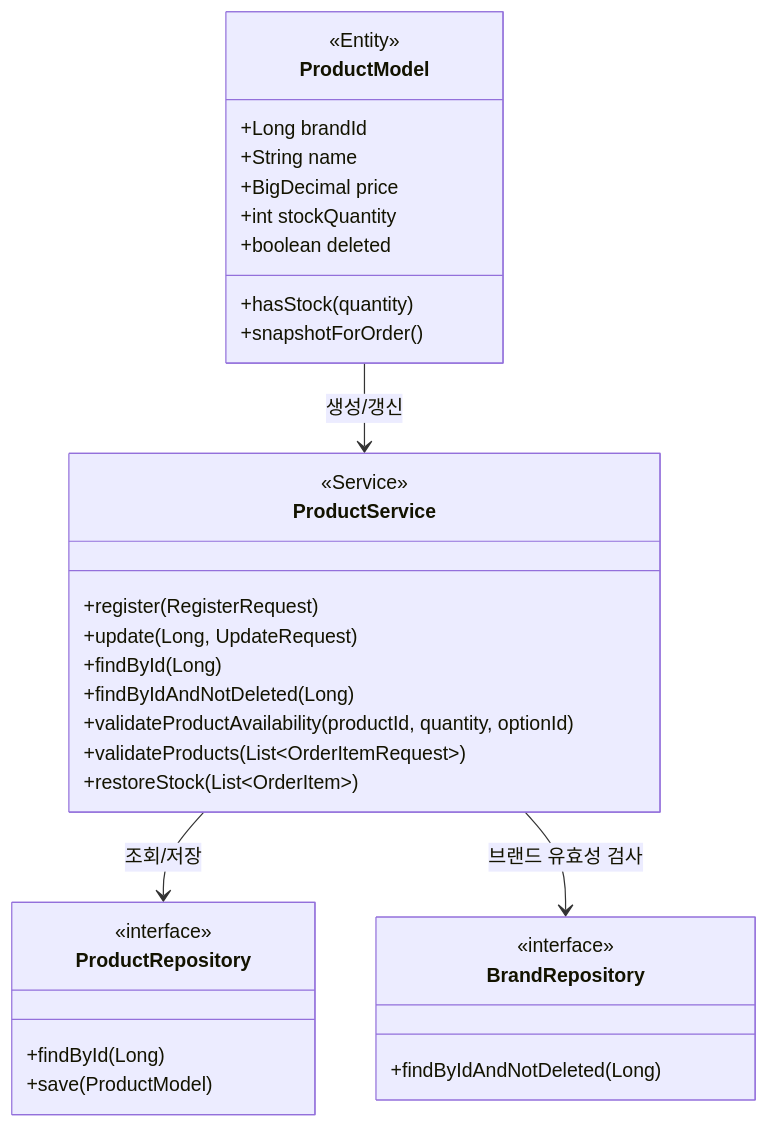
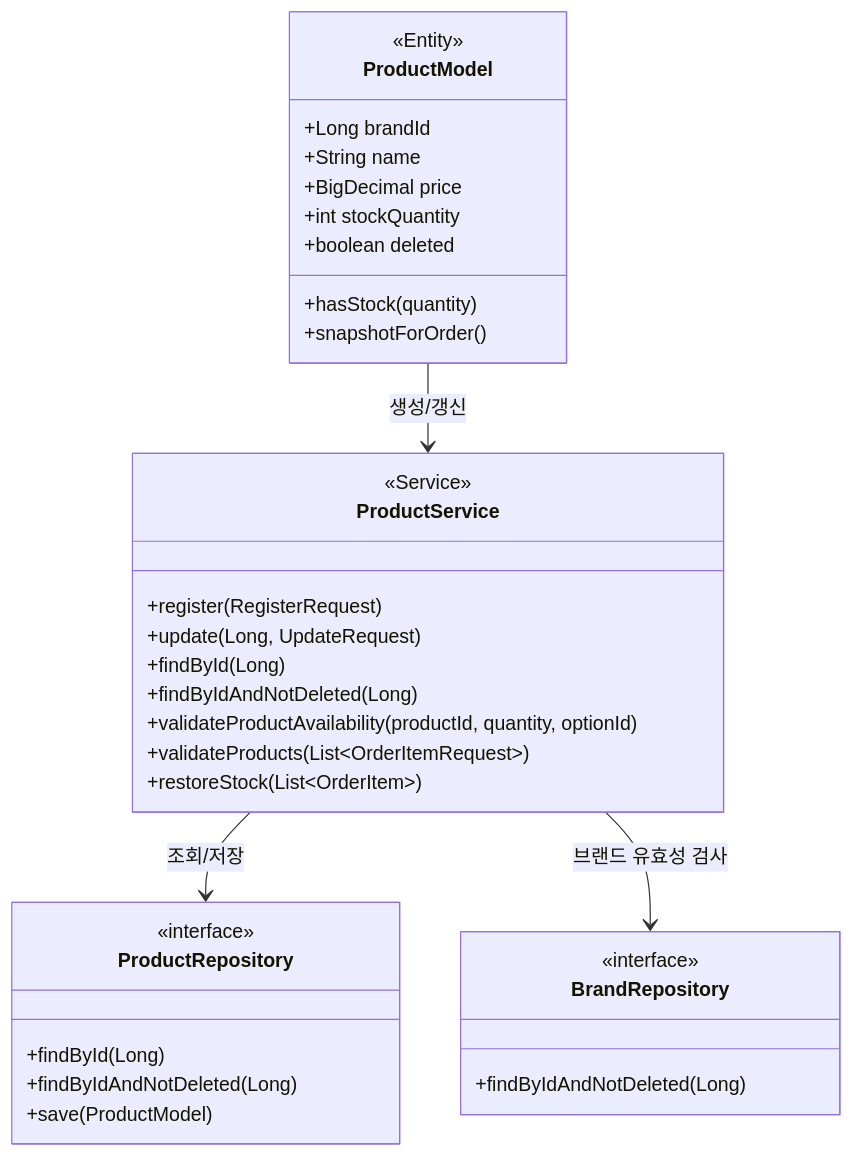
One commit to Loopers-dev-lab/loop-pack-be-l2-vol3-java changed the third of 6 diagrams in .docs/design/03-class-diagram.md. Above: the diagram before and after it, drawn with Mermaid. The commit also changed other lines of this file and 2 other files, not shown here.

First line of the commit message:
docs: 요구사항·시퀀스·클래스다이어그램 보완

````diff
--- a/.docs/design/03-class-diagram.md
+++ b/.docs/design/03-class-diagram.md
@@ -224,41 +224,42 @@
 ```mermaid
 classDiagram
     direction TB
 
     class ProductModel {
         <<Entity>>
         +Long brandId
         +String name
         +BigDecimal price
         +int stockQuantity
         +boolean deleted
         +hasStock(quantity)
         +snapshotForOrder()
     }
 
     class ProductService {
         <<Service>>
         +register(RegisterRequest)
         +update(Long, UpdateRequest)
         +findById(Long)
         +findByIdAndNotDeleted(Long)
         +validateProductAvailability(productId, quantity, optionId)
         +validateProducts(List~OrderItemRequest~)
         +restoreStock(List~OrderItem~)
     }
 
     class ProductRepository {
         <<interface>>
         +findById(Long)
+        +findByIdAndNotDeleted(Long)
         +save(ProductModel)
     }
 
     class BrandRepository {
         <<interface>>
         +findByIdAndNotDeleted(Long)
     }
 
     ProductModel --> ProductService : 생성/갱신
     ProductService --> ProductRepository : 조회/저장
     ProductService --> BrandRepository : 브랜드 유효성 검사
 ```
````
